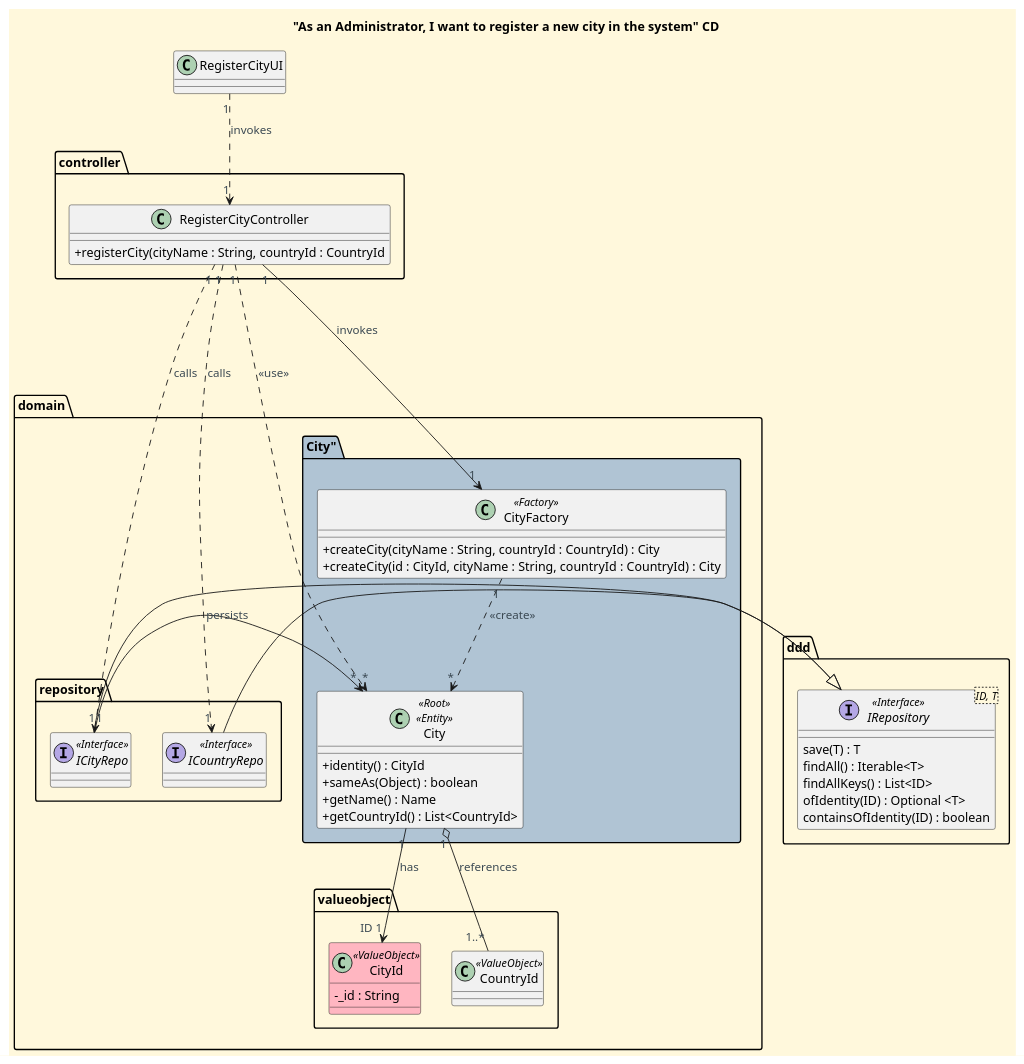
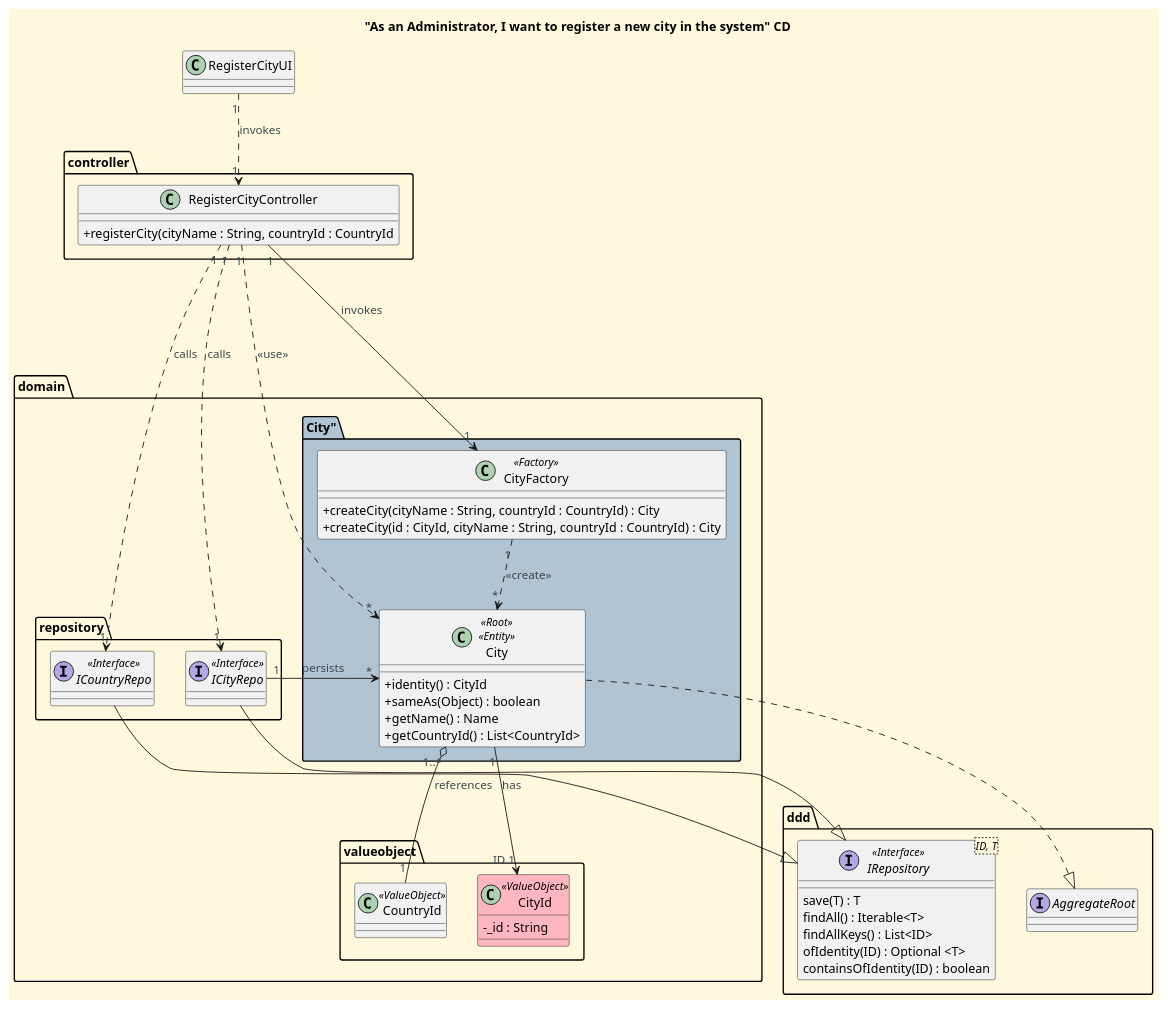
One commit to CarolinaLeite-collab/JavaMarketplacePlatform changed the diagram in docs/functionalities/admin/register-city/Register_City_CD.puml. Above: the diagram before and after it, drawn with PlantUML.

Commit message:
docs: add aggregateRoot implementation on CD #742

```diff
--- a/docs/functionalities/admin/register-city/Register_City_CD.puml
+++ b/docs/functionalities/admin/register-city/Register_City_CD.puml
@@ -1,111 +1,116 @@
 @startuml
 
 '==== Title ====
 title "As an Administrator, I want to register a new city in the system" CD
 top to bottom direction
 
 
 '==== basic style ====
 skinparam monochrome false
 skinparam shadowing false
 skinparam defaultFontName Futura
 skinparam objectFontSize 20
 skinparam backgroundColor CornSilk
 skinparam objectBackgroundColor WhiteSmoke
 skinparam noteBackgroundColor #FFFFE0
 skinparam ArrowFontColor #3B4953
 skinparam ActivationBackgroundColor black
 skinparam classAttributeIconSize 0
 
 
 ' ===== Domain =====
 class RegisterCityUI {
 }
 
 package "controller" {
 
     class RegisterCityController {
 
         + registerCity(cityName : String, countryId : CountryId
 
     }
 
 }
 
 package "domain" {
     package "repository" {
 
         interface ICityRepo <<Interface>> {
 
         }
 
         interface ICountryRepo <<Interface>> {
 
         }
 
     }
 
     package "City"" #b0c4d4 {
 
         class City <<Root>> <<Entity>>{
             +identity() : CityId
             +sameAs(Object) : boolean
             +getName() : Name
             +getCountryId() : List<CountryId>
         }
 
         class CityFactory <<Factory>> {
         + createCity(cityName : String, countryId : CountryId) : City
         + createCity(id : CityId, cityName : String, countryId : CountryId) : City
 
         }
 
     }
 
     Package "valueobject"  {
 
         '== Value Objects (Ids) ==
         class CityId <<ValueObject>> #LightPink {
         -_id : String
 
         }
 
         class CountryId <<ValueObject>> {
 
         }
 
     }
 
 }
 
 Package "ddd" {
 
     interface IRepository<ID, T> <<Interface>> {
     save(T) : T
     findAll() : Iterable<T>
     findAllKeys() : List<ID>
     ofIdentity(ID) : Optional <T>
     containsOfIdentity(ID) : boolean
     }
 
+    interface AggregateRoot {
+
+    }
+
 }
 
 
 '==== Interactions ====
 RegisterCityUI "1" ..> "1" RegisterCityController : invokes
 
 RegisterCityController "1" ..> "1" ICountryRepo : calls
 RegisterCityController "1" ..> "1" ICityRepo : calls
 RegisterCityController "1" ....> "*" City : <<use>>
 RegisterCityController "1" --> "1" CityFactory : invokes
 
 CityFactory "1" ..> "*" City : <<create>>
 
 City "1" --> "ID 1" CityId : has
-City "1" o-- "1..*" CountryId : references
+City "1..*" o-- "1" CountryId : references
 City "*" <- "1" ICityRepo : persists
+City ..|> AggregateRoot
 
 ICityRepo -|> IRepository
 ICountryRepo -|> IRepository
 
 @enduml
```
